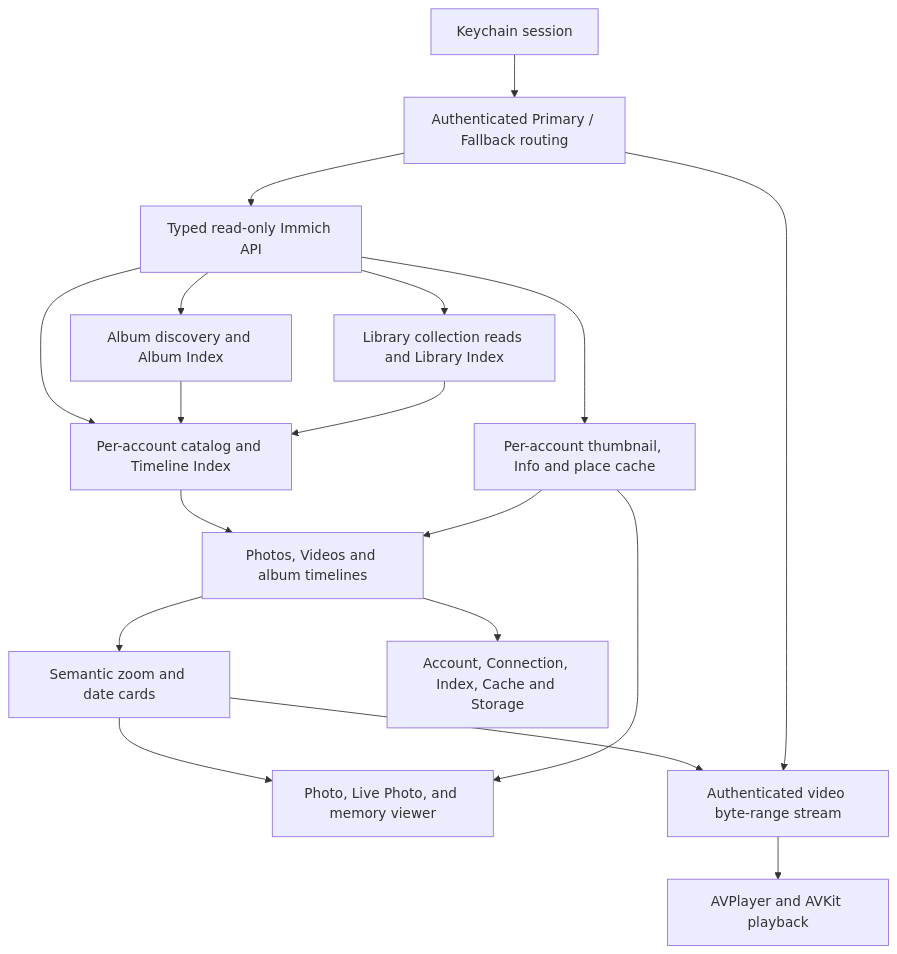
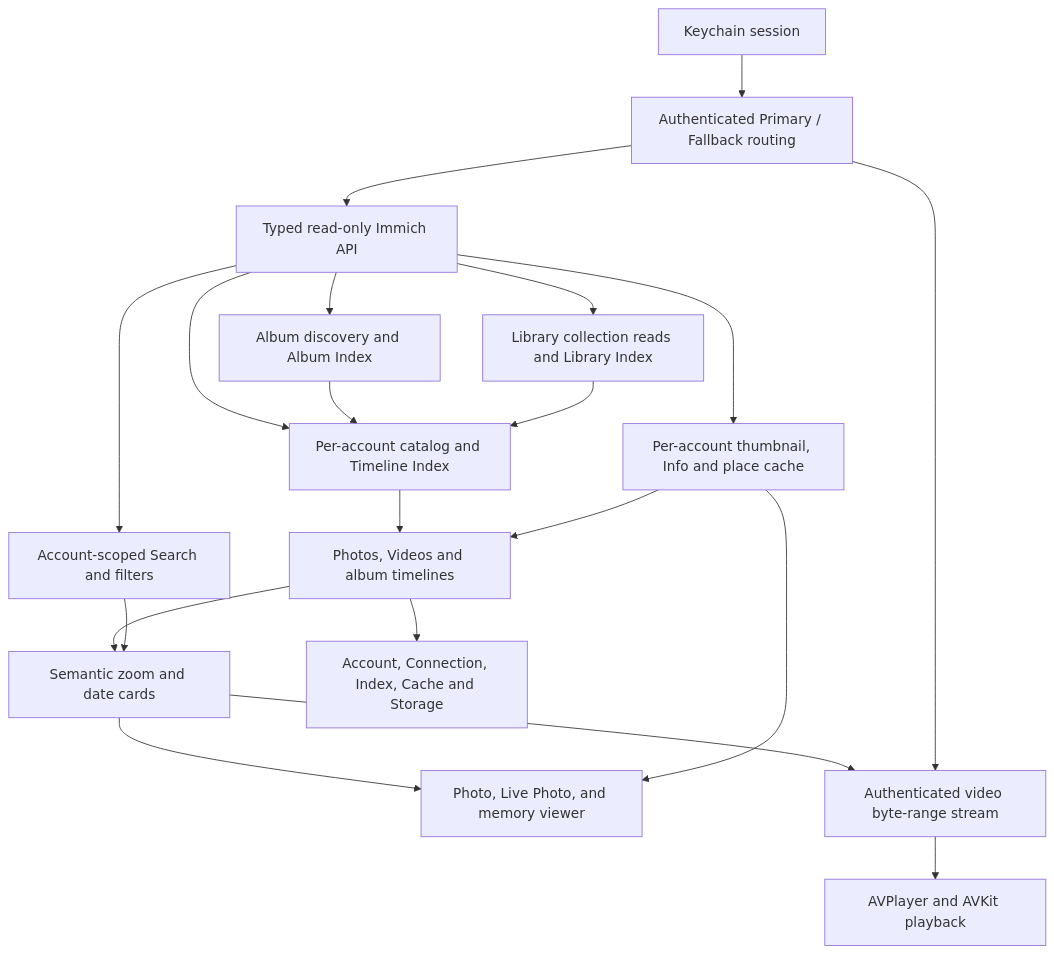
Before and after one commit to Ender-Wang/Remmich: the diagram in CONTRIBUTING.md, drawn with Mermaid. The commit also changed other lines of this file and 9 other files, not shown here.

````diff
--- a/CONTRIBUTING.md
+++ b/CONTRIBUTING.md
@@ -46,20 +46,22 @@
 ```mermaid
 flowchart TD
     Keychain[Keychain session] --> Routing[Authenticated Primary / Fallback routing]
     Routing --> API[Typed read-only Immich API]
     API --> Index[Per-account catalog and Timeline Index]
     API --> Albums[Album discovery and Album Index]
     API --> Collections[Library collection reads and Library Index]
+    API --> Search[Account-scoped Search and filters]
     Albums --> Index
     Collections --> Index
     Index --> Timeline[Photos, Videos and album timelines]
     API --> Cache[Per-account thumbnail, Info and place cache]
     Cache --> Timeline
     Timeline --> Browsing[Semantic zoom and date cards]
     Browsing --> Viewer[Photo, Live Photo, and memory viewer]
     Cache --> Viewer
+    Search --> Browsing
     Browsing --> Stream[Authenticated video byte-range stream]
     Routing --> Stream
     Stream --> AVKit[AVPlayer and AVKit playback]
     Timeline --> Profile[Account, Connection, Index, Cache and Storage]
 ```
````
